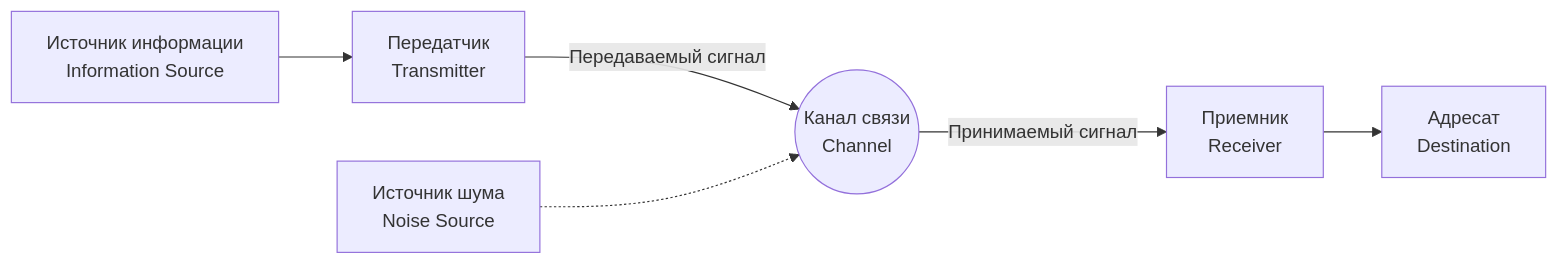
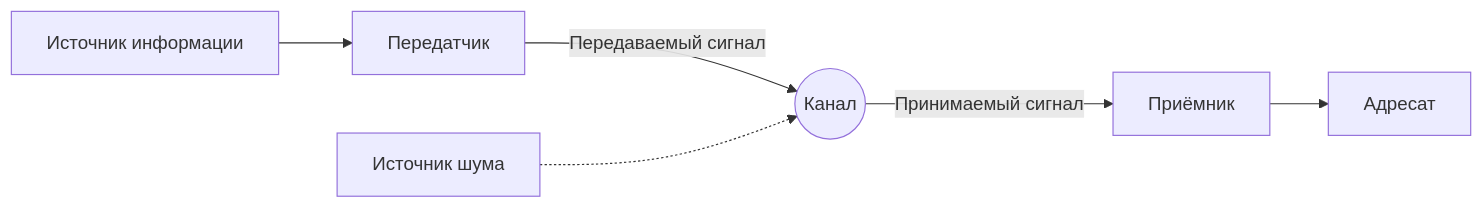
One commit to kenjinote/blog changed the diagram in content/post/information-theory-shannon-entropy/index.ru.md. Above: the diagram before and after it, drawn with Mermaid. The commit also changed other lines of this file and 8 other files, not shown here.

````diff
--- a/content/post/information-theory-shannon-entropy/index.ru.md
+++ b/content/post/information-theory-shannon-entropy/index.ru.md
@@ -28,8 +29,8 @@
 ```mermaid
 graph LR
-    A["Источник информации<br>Information Source"] --> B["Передатчик<br>Transmitter"]
-    B -->|"Передаваемый сигнал"| C(("Канал связи<br>Channel"))
-    C -->|"Принимаемый сигнал"| D["Приемник<br>Receiver"]
-    D --> E["Адресат<br>Destination"]
-    N["Источник шума<br>Noise Source"] -.-> C
+    A["Источник информации"] --> B["Передатчик"]
+    B -->|"Передаваемый сигнал"| C(("Канал"))
+    C -->|"Принимаемый сигнал"| D["Приёмник"]
+    D --> E["Адресат"]
+    N["Источник шума"] -.-> C
 ```
````
